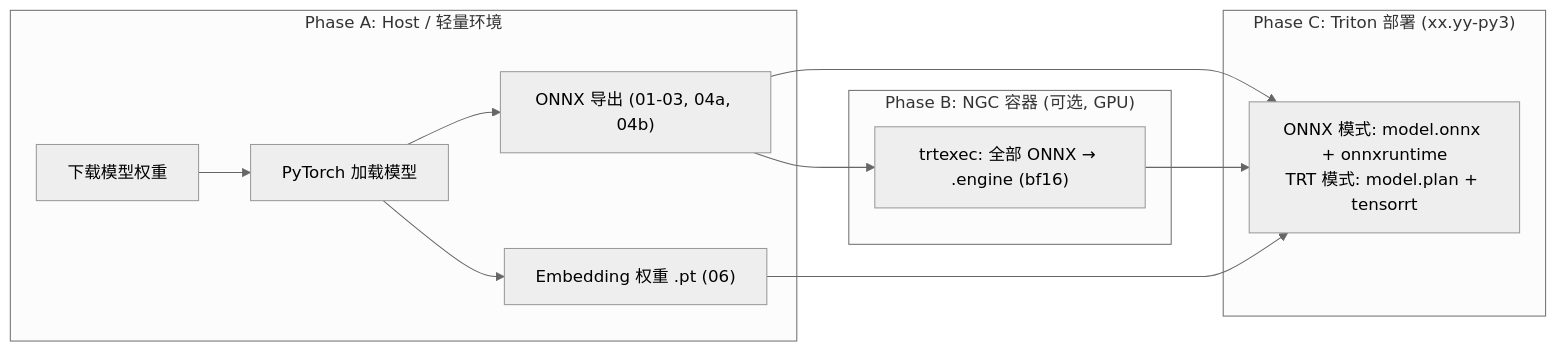
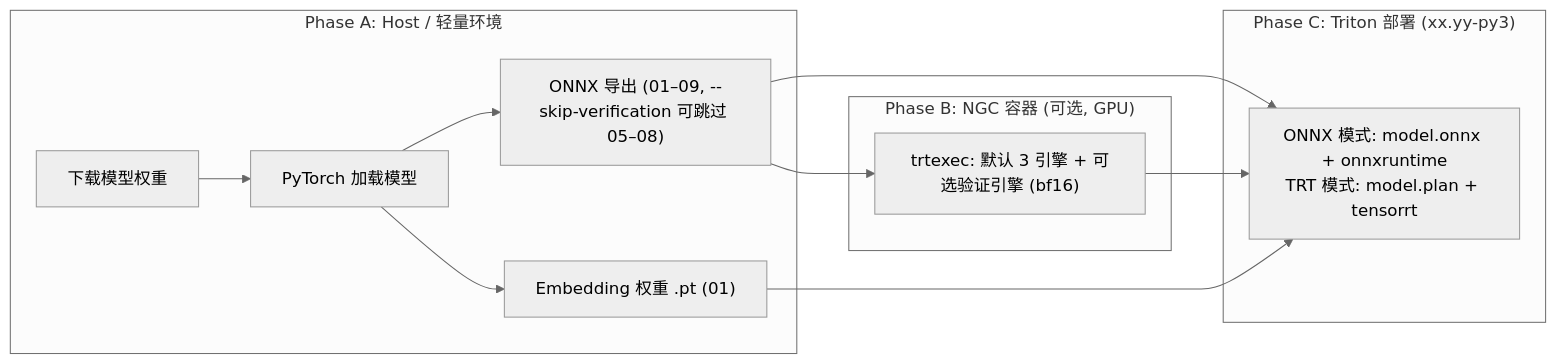
The diagram in docs/architecture.md (wwe-boop/test_stateful), drawn with Mermaid (neutral theme) before and after one commit. The commit also changed other lines of this file and 38 other files, not shown here.

````diff
--- a/docs/architecture.md
+++ b/docs/architecture.md
@@ -1960,21 +1976,21 @@
 ```mermaid
 flowchart LR
     subgraph hostPhase [Phase A: Host / 轻量环境]
         A1[下载模型权重] --> A2[PyTorch 加载模型]
-        A2 --> A3["ONNX 导出 (01-03, 04a, 04b)"]
-        A2 --> A5["Embedding 权重 .pt (06)"]
+        A2 --> A3["ONNX 导出 (01–09, --skip-verification 可跳过 05–08)"]
+        A2 --> A5["Embedding 权重 .pt (01)"]
     end
 
     subgraph trtPhase ["Phase B: NGC 容器 (可选, GPU)"]
-        B1["trtexec: 全部 ONNX → .engine (bf16)"]
+        B1["trtexec: 默认 3 引擎 + 可选验证引擎 (bf16)"]
     end
 
     A3 --> deployReady
     A3 --> B1
     A5 --> deployReady
     B1 --> deployReady
 
     subgraph deployPhase ["Phase C: Triton 部署 (xx.yy-py3)"]
         deployReady["ONNX 模式: model.onnx + onnxruntime<br/>TRT 模式: model.plan + tensorrt"]
     end
 ```
````
